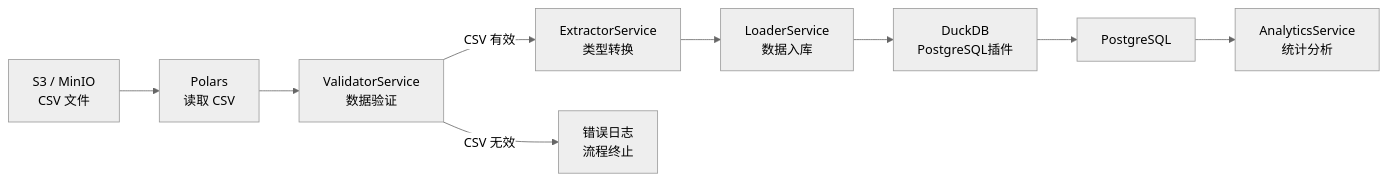
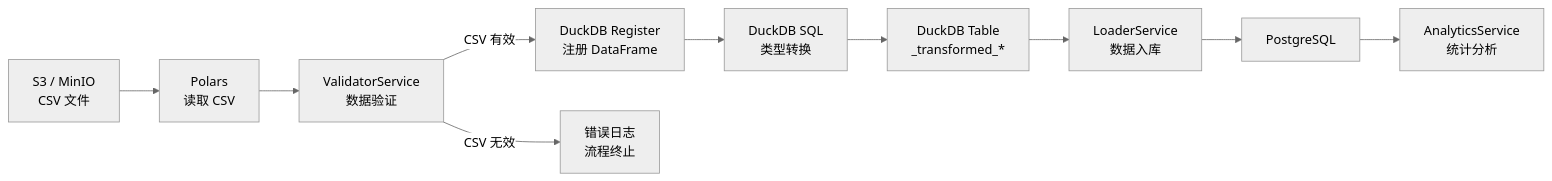
One commit to zhj0513/small_etl changed the diagram in doc/product.md. Above: the diagram before and after it, drawn with Mermaid (neutral theme). The commit also changed other lines of this file and 3 other files, not shown here.

````diff
--- a/doc/product.md
+++ b/doc/product.md
@@ -18,21 +18,23 @@
 ```mermaid
 flowchart LR
     S3[S3 / MinIO<br/>CSV 文件]
     Polars[Polars<br/>读取 CSV]
     Validate[ValidatorService<br/>数据验证]
-    Transform[ExtractorService<br/>类型转换]
+    Register[DuckDB Register<br/>注册 DataFrame]
+    Transform[DuckDB SQL<br/>类型转换]
+    Table[DuckDB Table<br/>_transformed_*]
     Load[LoaderService<br/>数据入库]
-    DuckDB[DuckDB<br/>PostgreSQL插件]
     PG[PostgreSQL]
     Analytics[AnalyticsService<br/>统计分析]
     Log[错误日志<br/>流程终止]
 
     S3 --> Polars
     Polars --> Validate
-    Validate -->|CSV 有效| Transform
+    Validate -->|CSV 有效| Register
     Validate -->|CSV 无效| Log
-    Transform --> Load
-    Load --> DuckDB
-    DuckDB --> PG
+    Register --> Transform
+    Transform --> Table
+    Table --> Load
+    Load --> PG
     PG --> Analytics
 ```
````
